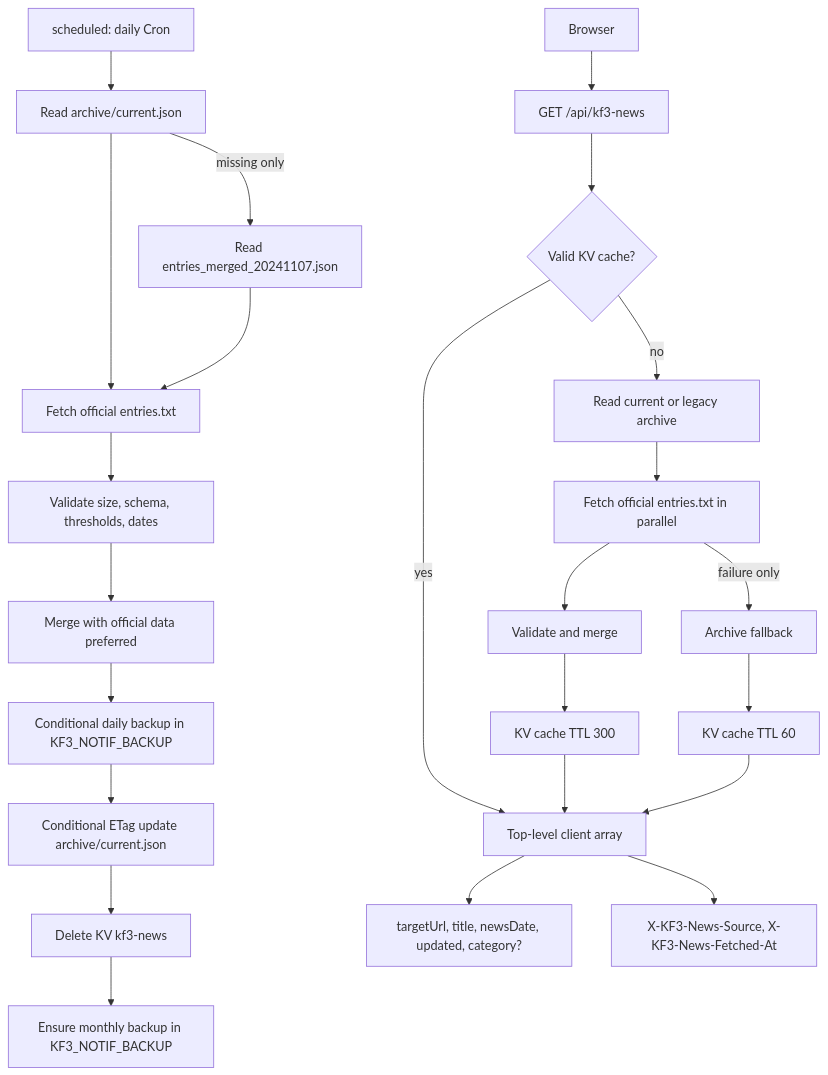
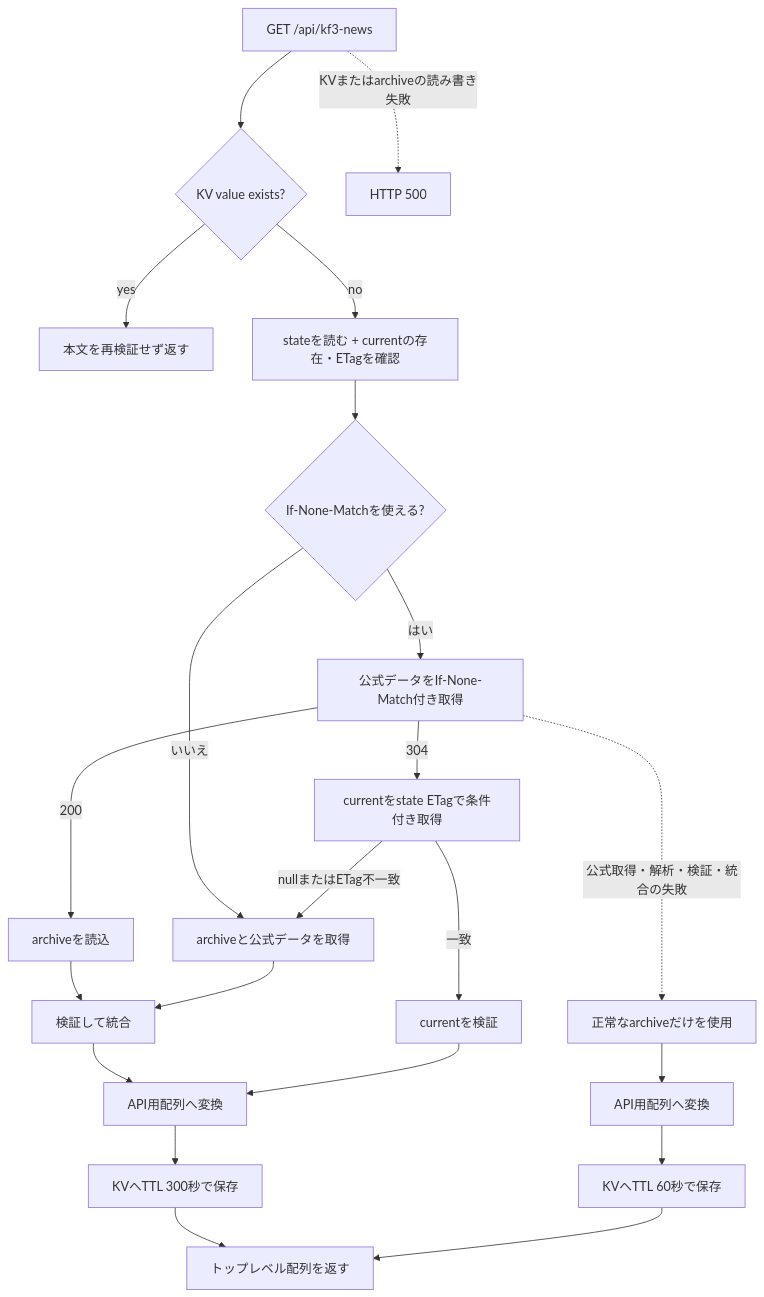
Before and after one commit to reamkf/kf3-notification-search: the first of 2 diagrams in README.md, drawn with Mermaid. The commit also changed other lines of this file and 5 other files, not shown here.

Commit message:
docs: update news archive fetch flow documentation

````diff
--- a/README.md
+++ b/README.md
@@ -145,27 +147,24 @@
 ```mermaid
 flowchart TD
-    Cron[scheduled: daily Cron] --> ReadCurrent[Read archive/current.json]
-    ReadCurrent -->|missing only| ReadLegacy[Read entries_merged_20241107.json]
-    ReadCurrent --> OfficialCron[Fetch official entries.txt]
-    ReadLegacy --> OfficialCron
-    OfficialCron --> ValidateCron[Validate size, schema, thresholds, dates]
-    ValidateCron --> MergeCron[Merge with official data preferred]
-    MergeCron --> Daily[Conditional daily backup in KF3_NOTIF_BACKUP]
-    Daily --> Current[Conditional ETag update archive/current.json]
-    Current --> DeleteCache[Delete KV kf3-news]
-    DeleteCache --> Monthly[Ensure monthly backup in KF3_NOTIF_BACKUP]
-
-    Browser[Browser] --> API[GET /api/kf3-news]
-    API --> Cache{Valid KV cache?}
-    Cache -->|yes| Client[Top-level client array]
-    Cache -->|no| ReadApi[Read current or legacy archive]
-    ReadApi --> OfficialApi[Fetch official entries.txt in parallel]
-    OfficialApi --> MergeApi[Validate and merge]
-    MergeApi --> Cache300[KV cache TTL 300]
-    OfficialApi -->|failure only| Fallback[Archive fallback]
-    Fallback --> Cache60[KV cache TTL 60]
-    Cache300 --> Client
-    Cache60 --> Client
-    Client --> Fields[targetUrl, title, newsDate, updated, category?]
-    Client --> Metadata[X-KF3-News-Source, X-KF3-News-Fetched-At]
+    Request[GET /api/kf3-news] --> Cache{KV value exists?}
+    Cache -->|yes| Cached[本文を再検証せず返す]
+    Cache -->|no| Eligibility[stateを読む + currentの存在・ETagを確認]
+    Eligibility --> CanUse{If-None-Matchを使える?}
+    CanUse -->|いいえ| Full[archiveと公式データを取得]
+    CanUse -->|はい| Conditional[公式データをIf-None-Match付き取得]
+    Conditional -->|304| Current[currentをstate ETagで条件付き取得]
+    Current -->|nullまたはETag不一致| Full
+    Current -->|一致| ValidateCurrent[currentを検証]
+    Conditional -->|200| Archive[archiveを読込]
+    Archive --> Merge[検証して統合]
+    Full --> Merge
+    Merge --> ToApi[API用配列へ変換]
+    ValidateCurrent --> ToApi
+    ToApi --> NormalCache[KVへTTL 300秒で保存]
+    Conditional -.->|公式取得・解析・検証・統合の失敗| Fallback[正常なarchiveだけを使用]
+    Fallback --> FallbackProjection[API用配列へ変換]
+    FallbackProjection --> FallbackCache[KVへTTL 60秒で保存]
+    NormalCache --> Response[トップレベル配列を返す]
+    FallbackCache --> Response
+    Request -.->|KVまたはarchiveの読み書き失敗| Error[HTTP 500]
 ```
````
